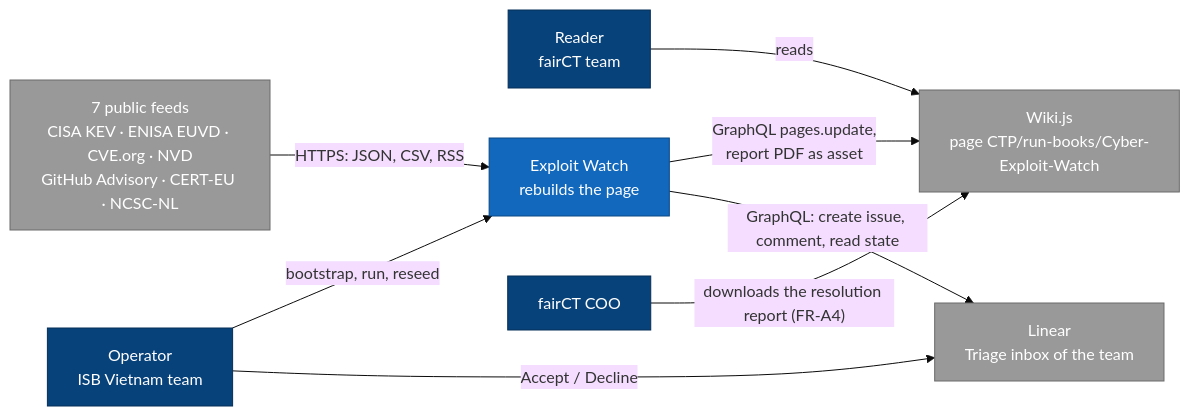
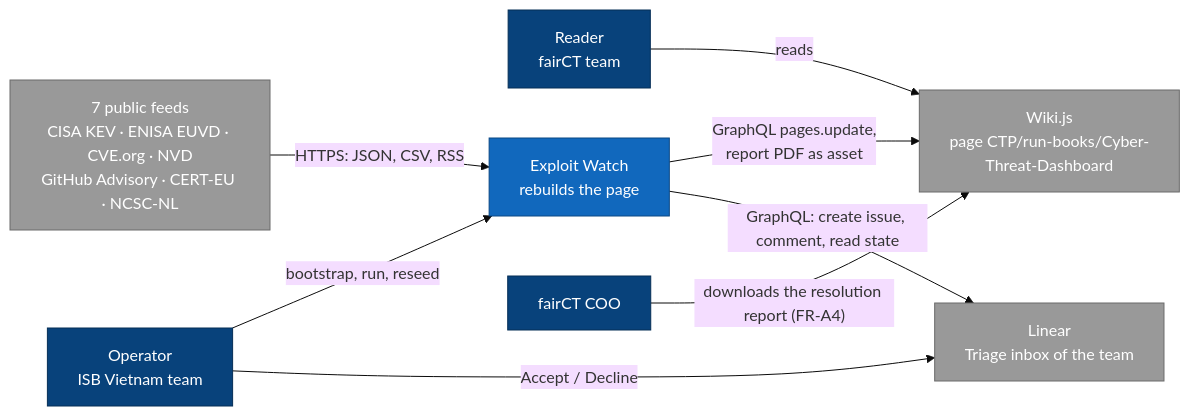
Before and after one commit to mckema/cyber-dashboard: the first of 4 diagrams in README.md, drawn with Mermaid (base theme). The commit also changed other lines of this file and 11 other files, not shown here.

First line of the commit message:
feat: rename the page to Cyber Threat Dashboard

````diff
--- a/README.md
+++ b/README.md
@@ -71,23 +71,23 @@
 ```mermaid
 flowchart LR
   classDef person fill:#08427b,stroke:#052e56,color:#fff
   classDef system fill:#1168bd,stroke:#0b4884,color:#fff
   classDef container fill:#438dd5,stroke:#2e6295,color:#fff
   classDef ext fill:#999,stroke:#6b6b6b,color:#fff
 
   reader["Reader<br/>fairCT team"]:::person
   op["Operator<br/>ISB Vietnam team"]:::person
   ew["Exploit Watch<br/>rebuilds the page"]:::system
   feeds["7 public feeds<br/>CISA KEV · ENISA EUVD · CVE.org · NVD<br/>GitHub Advisory · CERT-EU · NCSC-NL"]:::ext
-  wiki["Wiki.js<br/>page CTP/run-books/Cyber-Exploit-Watch"]:::ext
+  wiki["Wiki.js<br/>page CTP/run-books/Cyber-Threat-Dashboard"]:::ext
   linear["Linear<br/>Triage inbox of the team"]:::ext
   coo["fairCT COO"]:::person
 
   feeds -->|"HTTPS: JSON, CSV, RSS"| ew
   ew -->|"GraphQL pages.update,<br/>report PDF as asset"| wiki
   ew -->|"GraphQL: create issue, comment, read state"| linear
   reader -->|reads| wiki
   coo -->|"downloads the resolution report (FR-A4)"| wiki
   op -->|"bootstrap, run, reseed"| ew
   op -->|"Accept / Decline"| linear
 ```
````
